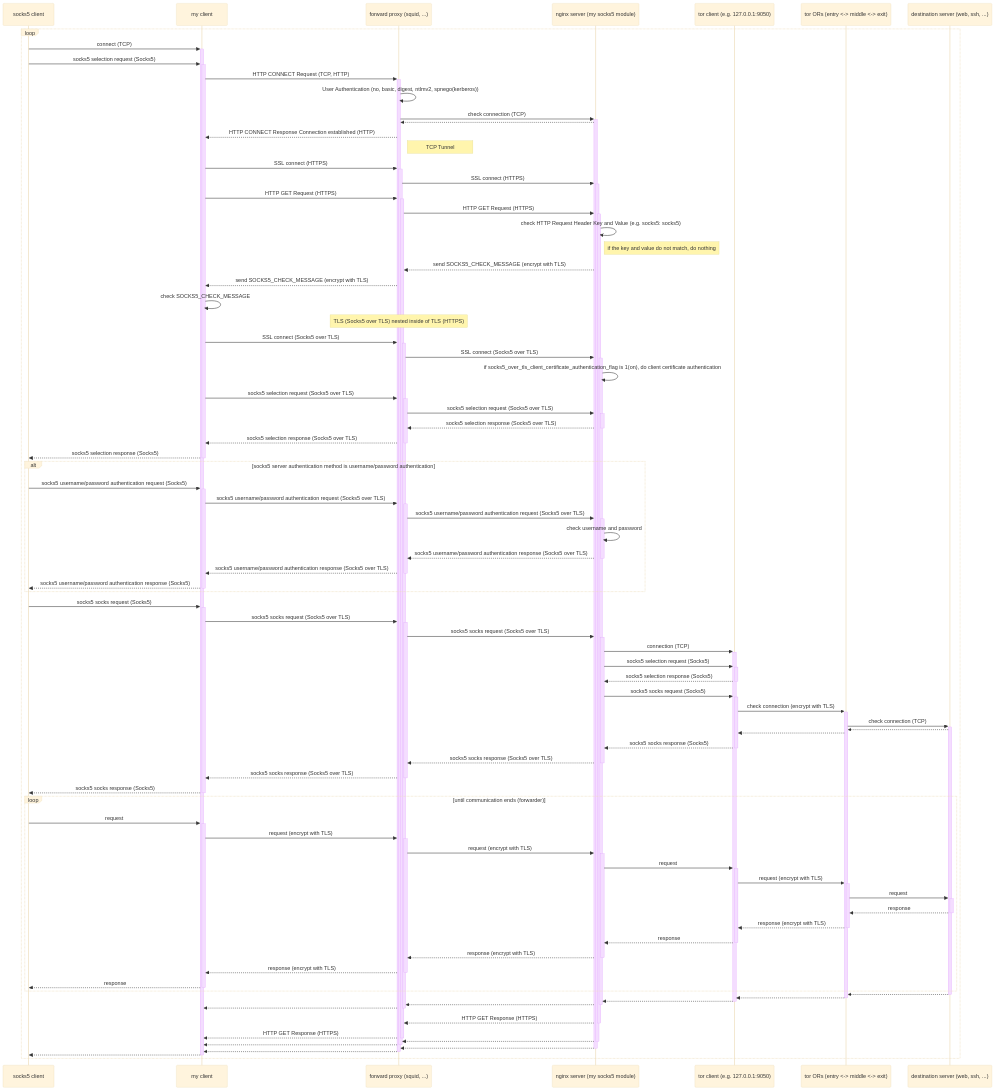
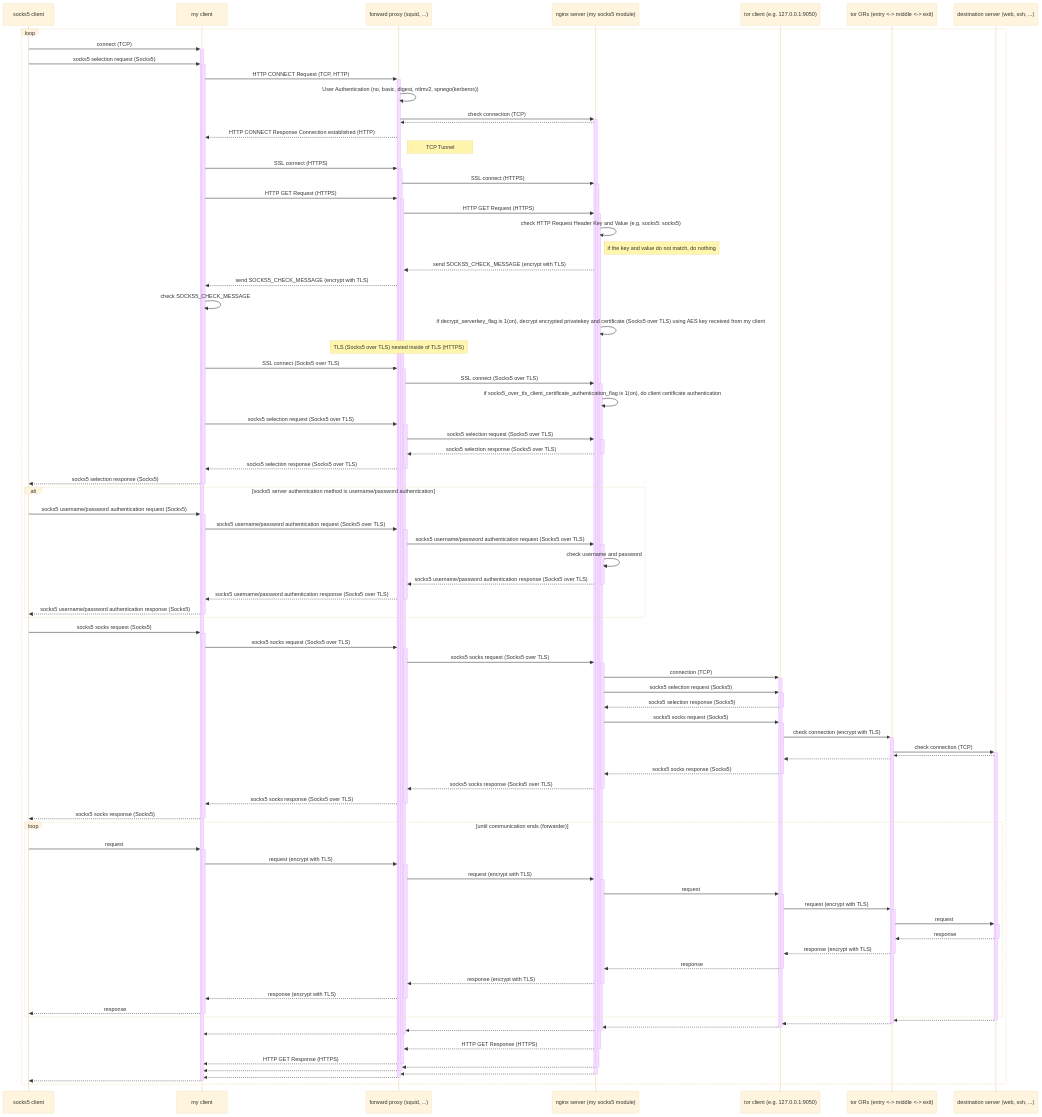
Before and after one commit to shuichiro-endo/socks5-nginx-module-v2: the fourth of 4 diagrams in README.md, drawn with Mermaid (base theme). The commit also changed other lines of this file, not shown here.

```diff
--- a/README.md
+++ b/README.md
@@ -226,6 +229,7 @@
         D-->>C: send SOCKS5_CHECK_MESSAGE (encrypt with TLS)
         C-->>B: send SOCKS5_CHECK_MESSAGE (encrypt with TLS)
         B->>B: check SOCKS5_CHECK_MESSAGE
+        D->>D: if decrypt_serverkey_flag is 1(on), decrypt encrypted privatekey and certificate (Socks5 over TLS) using AES key received from my client
         note over C: TLS (Socks5 over TLS) nested inside of TLS (HTTPS)
         B->>+C: SSL connect (Socks5 over TLS)
         C->>+D: SSL connect (Socks5 over TLS)
```
